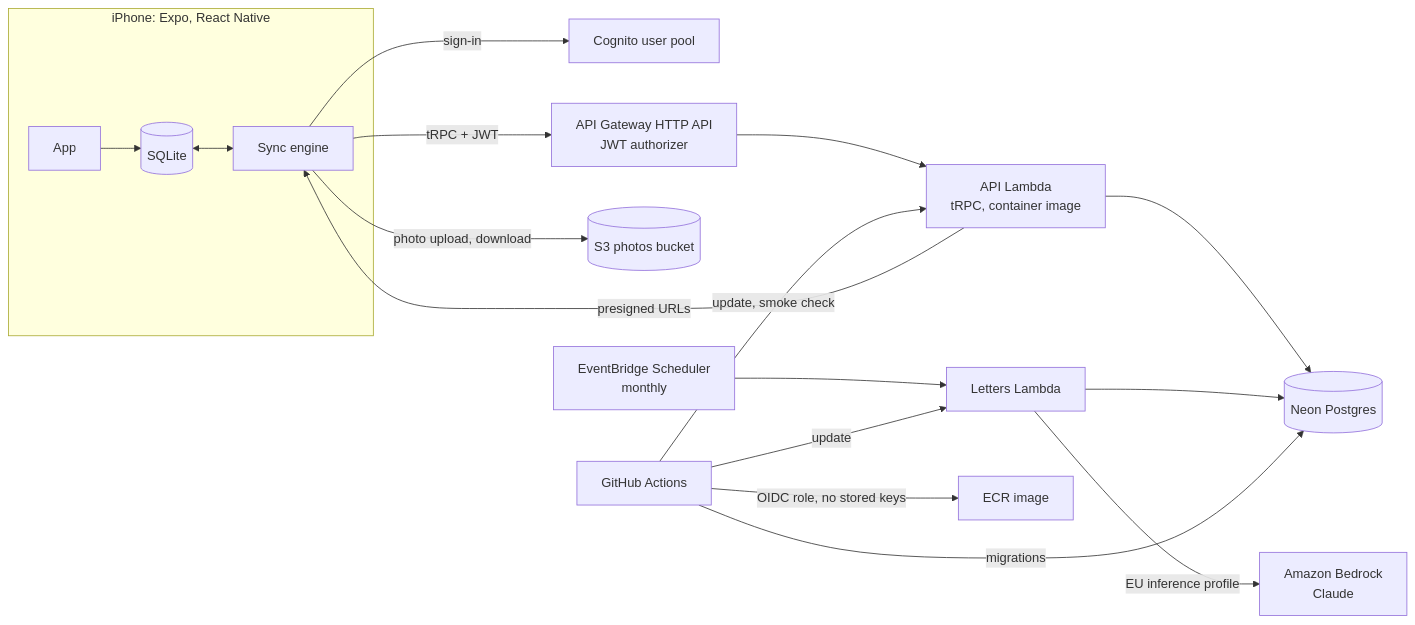
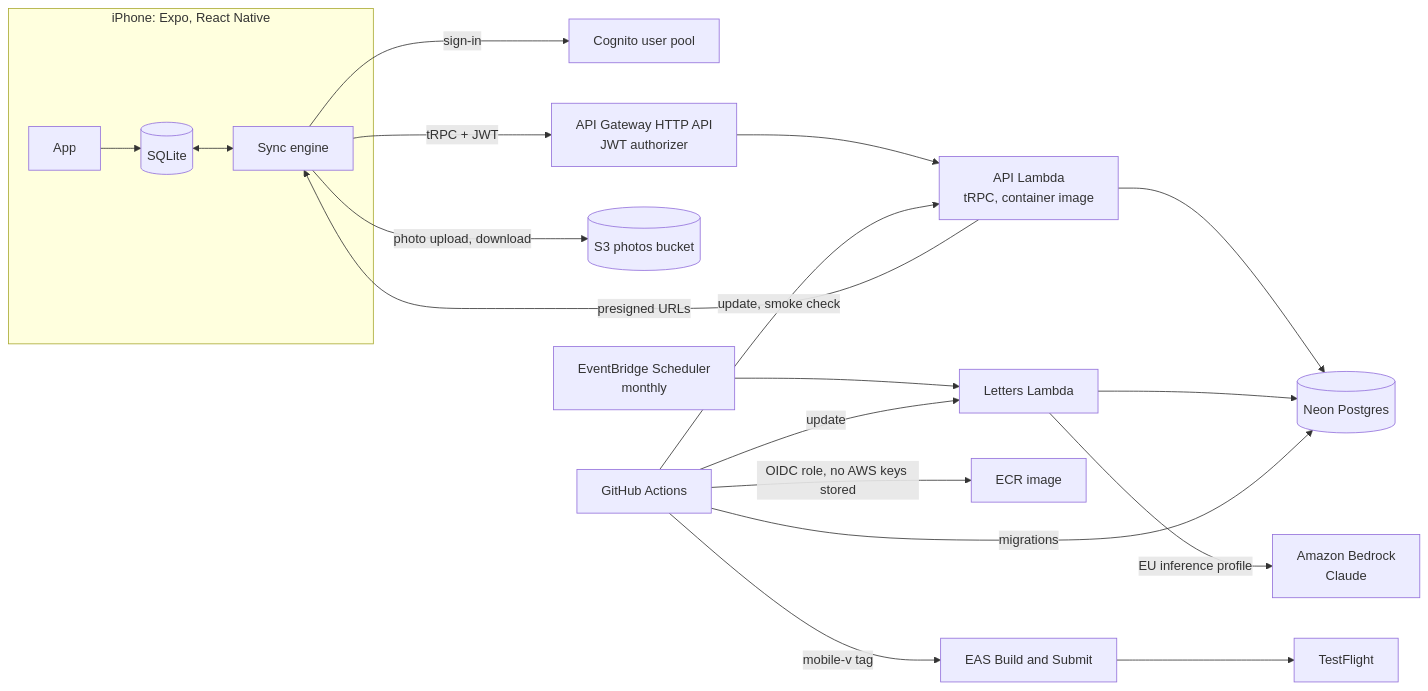
One commit to Linayoo/savor changed the diagram in README.md. Above: the diagram before and after it, drawn with Mermaid. The commit also changed other lines of this file and 1 other file, not shown here.

First line of the commit message:
docs: document releasing the iOS app to TestFlight

````diff
--- a/README.md
+++ b/README.md
@@ -20,23 +20,25 @@
 ```mermaid
 flowchart LR
   subgraph phone["iPhone: Expo, React Native"]
     app["App"] --> sqlite[("SQLite")]
     sqlite <--> engine["Sync engine"]
   end
 
   engine -- "sign-in" --> cognito["Cognito user pool"]
   engine -- "tRPC + JWT" --> apigw["API Gateway HTTP API<br/>JWT authorizer"]
   apigw --> api["API Lambda<br/>tRPC, container image"]
   api --> neon[("Neon Postgres")]
   api -- "presigned URLs" --> engine
   engine -- "photo upload, download" --> s3[("S3 photos bucket")]
 
   scheduler["EventBridge Scheduler<br/>monthly"] --> letters["Letters Lambda"]
   letters --> neon
   letters -- "EU inference profile" --> bedrock["Amazon Bedrock<br/>Claude"]
 
-  gha["GitHub Actions"] -- "OIDC role, no stored keys" --> ecr["ECR image"]
+  gha["GitHub Actions"] -- "OIDC role, no AWS keys stored" --> ecr["ECR image"]
   gha -- "migrations" --> neon
   gha -- "update, smoke check" --> api
   gha -- "update" --> letters
+  gha -- "mobile-v tag" --> eas["EAS Build and Submit"]
+  eas --> testflight["TestFlight"]
 ```
````
